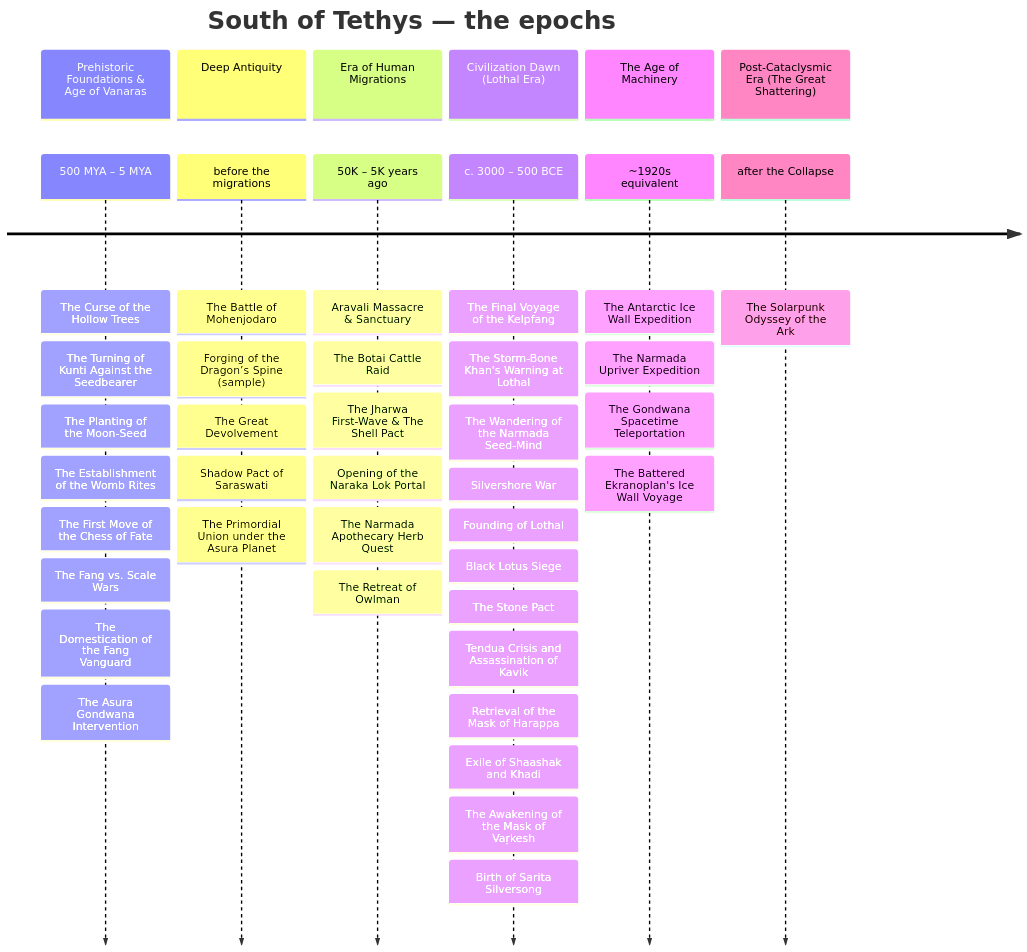
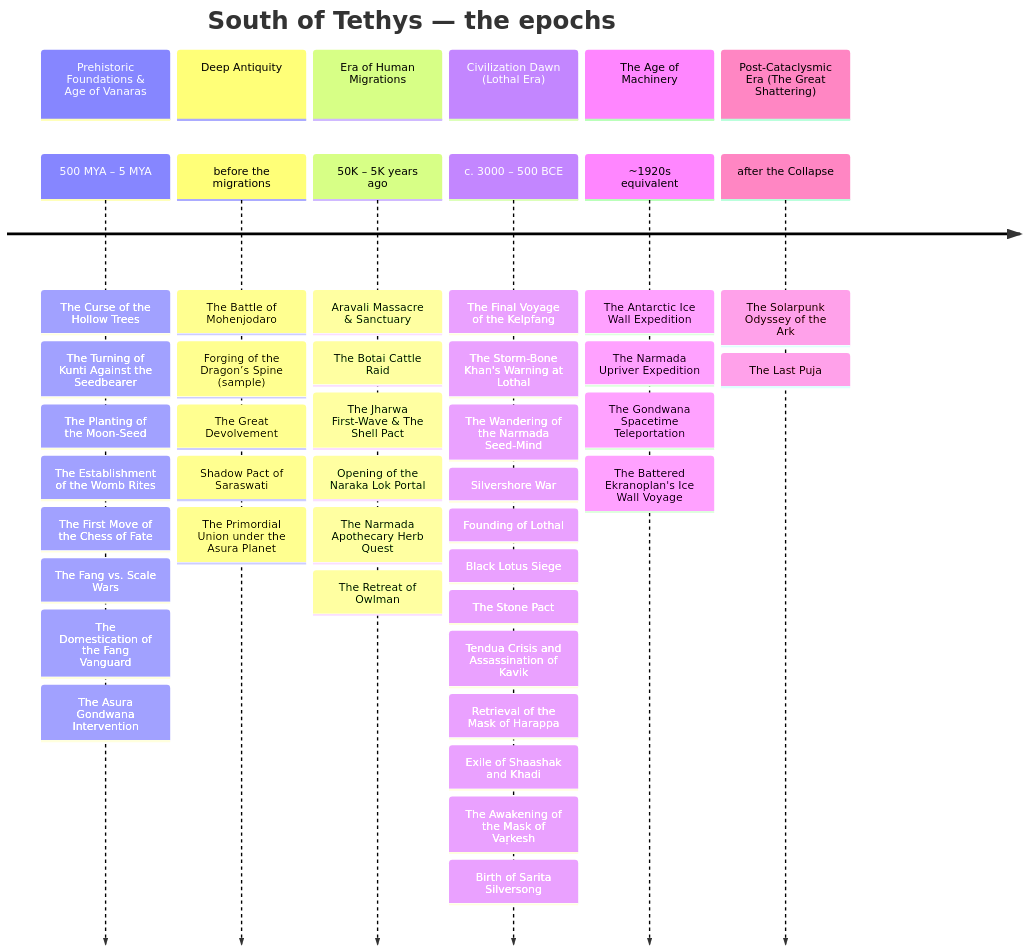
The first of 2 diagrams in docs/timeline_mermaid.md (lordlebu/SouthOfTethys), drawn with Mermaid before and after one commit. The commit also changed other lines of this file and 18 other files, not shown here.

````diff
--- a/docs/timeline_mermaid.md
+++ b/docs/timeline_mermaid.md
@@ -9,16 +9,16 @@
 ```mermaid
 timeline
     title South of Tethys — the epochs
     section Prehistoric Foundations & Age of Vanaras
         500 MYA – 5 MYA : The Curse of the Hollow Trees : The Turning of Kunti Against the Seedbearer : The Planting of the Moon-Seed : The Establishment of the Womb Rites : The First Move of the Chess of Fate : The Fang vs. Scale Wars : The Domestication of the Fang Vanguard : The Asura Gondwana Intervention
     section Deep Antiquity
         before the migrations : The Battle of Mohenjodaro : Forging of the Dragon’s Spine (sample) : The Great Devolvement : Shadow Pact of Saraswati : The Primordial Union under the Asura Planet
     section Era of Human Migrations
         50K – 5K years ago : Aravali Massacre & Sanctuary : The Botai Cattle Raid : The Jharwa First-Wave & The Shell Pact : Opening of the Naraka Lok Portal : The Narmada Apothecary Herb Quest : The Retreat of Owlman
     section Civilization Dawn (Lothal Era)
         c. 3000 – 500 BCE : The Final Voyage of the Kelpfang : The Storm-Bone Khan's Warning at Lothal : The Wandering of the Narmada Seed-Mind : Silvershore War : Founding of Lothal : Black Lotus Siege : The Stone Pact : Tendua Crisis and Assassination of Kavik : Retrieval of the Mask of Harappa : Exile of Shaashak and Khadi : The Awakening of the Mask of Vaṛkesh : Birth of Sarita Silversong
     section The Age of Machinery
         ~1920s equivalent : The Antarctic Ice Wall Expedition : The Narmada Upriver Expedition : The Gondwana Spacetime Teleportation : The Battered Ekranoplan's Ice Wall Voyage
     section Post-Cataclysmic Era (The Great Shattering)
-        after the Collapse : The Solarpunk Odyssey of the Ark
+        after the Collapse : The Solarpunk Odyssey of the Ark : The Last Puja
 ```
````
